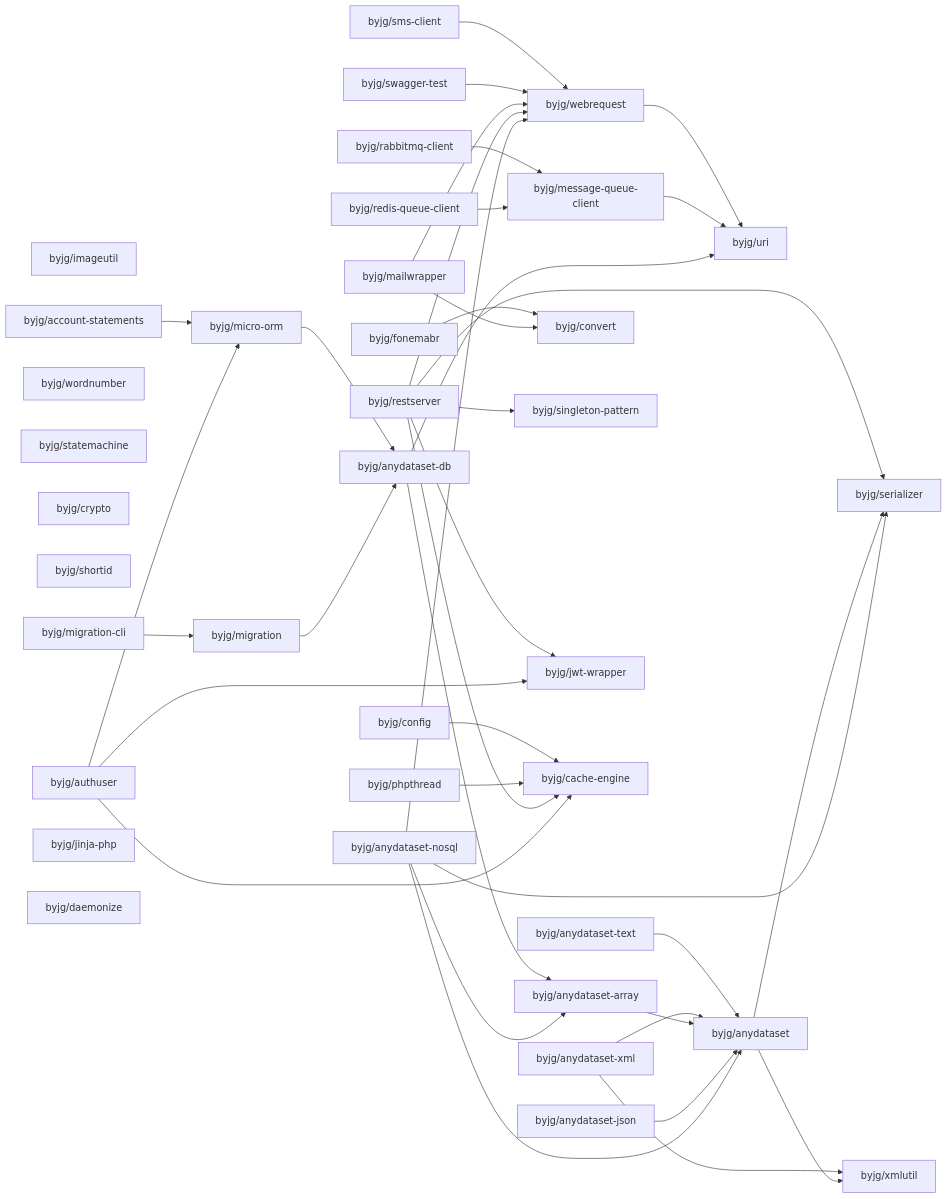
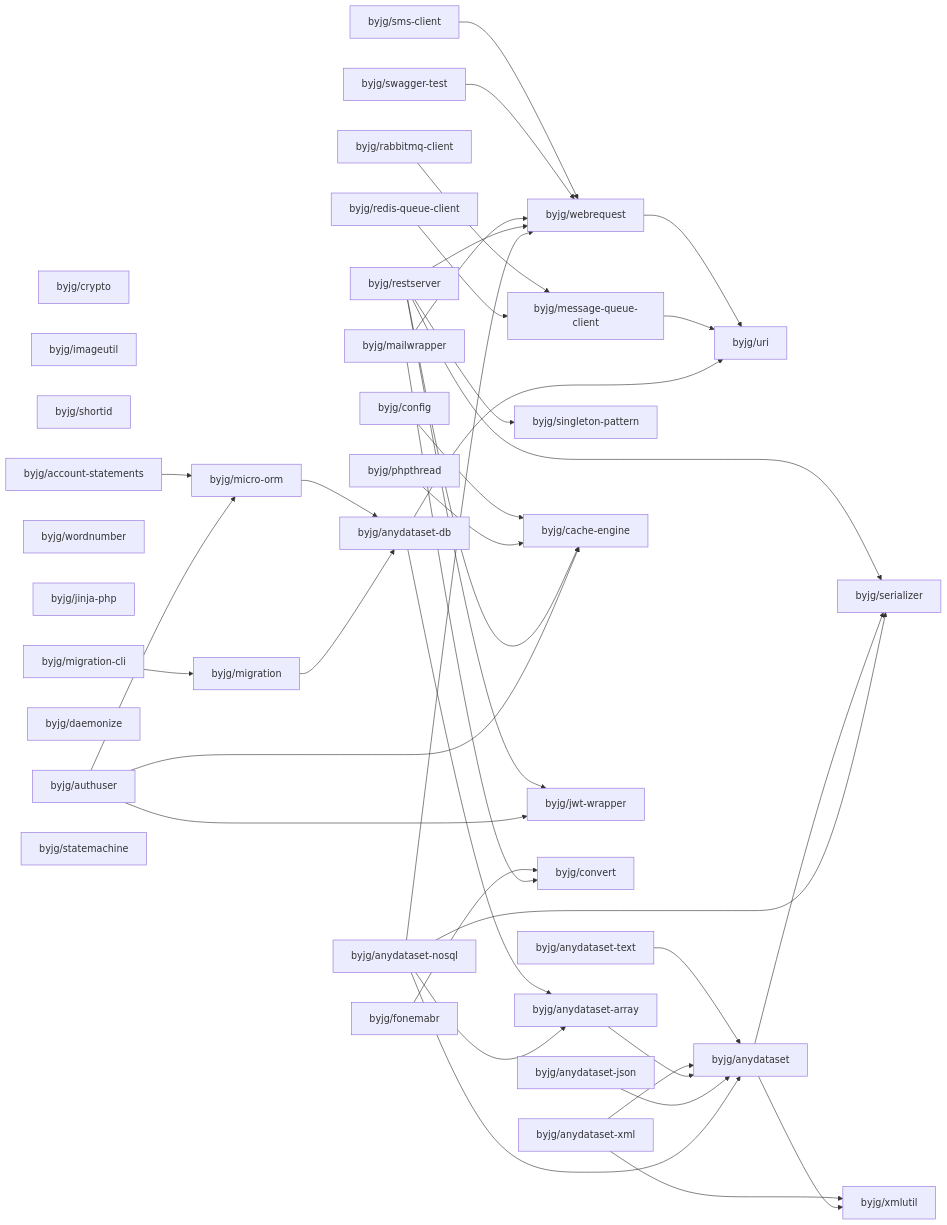
Before and after one commit to byjg/byjg.github.io: the diagram in php/README.md, drawn with Mermaid. The commit also changed other lines of this file, not shown here.

Commit message:
Update documentation 'php' 'php-migration'

````diff
--- a/php/README.md
+++ b/php/README.md
@@ -3,76 +3,76 @@
 ```mermaid
 graph LR;
-  byjg/sms-client;
-  byjg/rabbitmq-client;
+  byjg/fonemabr;
+  byjg/crypto;
+  byjg/imageutil;
   byjg/redis-queue-client;
-  byjg/imageutil;
-  byjg/phpthread;
-  byjg/fonemabr;
-  byjg/migration-cli;
-  byjg/anydataset-xml;
-  byjg/mailwrapper;
+  byjg/shortid;
+  byjg/account-statements;
+  byjg/config;
+  byjg/restserver;
   byjg/wordnumber;
-  byjg/statemachine;
-  byjg/crypto;
-  byjg/swagger-test;
-  byjg/restserver;
-  byjg/anydataset-text;
-  byjg/anydataset-json;
-  byjg/shortid;
-  byjg/authuser;
-  byjg/config;
-  byjg/account-statements;
   byjg/jinja-php;
   byjg/anydataset-nosql;
+  byjg/anydataset-json;
+  byjg/phpthread;
+  byjg/migration-cli;
+  byjg/rabbitmq-client;
   byjg/daemonize;
+  byjg/authuser;
+  byjg/mailwrapper;
+  byjg/statemachine;
+  byjg/anydataset-text;
+  byjg/sms-client;
+  byjg/anydataset-xml;
+  byjg/swagger-test;
+  byjg/singleton-pattern;
+  byjg/migration;
   byjg/message-queue-client;
-  byjg/migration;
+  byjg/micro-orm;
+  byjg/cache-engine;
+  byjg/jwt-wrapper;
   byjg/convert;
-  byjg/singleton-pattern;
-  byjg/jwt-wrapper;
-  byjg/cache-engine;
-  byjg/micro-orm;
   byjg/webrequest;
   byjg/anydataset-db;
   byjg/anydataset-array;
   byjg/uri;
   byjg/anydataset;
   byjg/serializer;
   byjg/xmlutil;
   byjg/sms-client --> byjg/webrequest;
   byjg/fonemabr --> byjg/convert;
   byjg/config --> byjg/cache-engine;
   byjg/anydataset-text --> byjg/anydataset;
   byjg/webrequest --> byjg/uri;
   byjg/account-statements --> byjg/micro-orm;
   byjg/rabbitmq-client --> byjg/message-queue-client;
   byjg/micro-orm --> byjg/anydataset-db;
   byjg/phpthread --> byjg/cache-engine;
   byjg/swagger-test --> byjg/webrequest;
   byjg/anydataset-xml --> byjg/anydataset;
   byjg/anydataset-xml --> byjg/xmlutil;
   byjg/anydataset-array --> byjg/anydataset;
   byjg/mailwrapper --> byjg/convert;
   byjg/mailwrapper --> byjg/webrequest;
   byjg/message-queue-client --> byjg/uri;
   byjg/anydataset-db --> byjg/anydataset-array;
   byjg/anydataset-db --> byjg/uri;
   byjg/anydataset-json --> byjg/anydataset;
   byjg/migration --> byjg/anydataset-db;
   byjg/redis-queue-client --> byjg/message-queue-client;
   byjg/restserver --> byjg/serializer;
   byjg/restserver --> byjg/singleton-pattern;
   byjg/restserver --> byjg/cache-engine;
   byjg/restserver --> byjg/webrequest;
   byjg/restserver --> byjg/jwt-wrapper;
   byjg/authuser --> byjg/micro-orm;
   byjg/authuser --> byjg/cache-engine;
   byjg/authuser --> byjg/jwt-wrapper;
   byjg/migration-cli --> byjg/migration;
   byjg/anydataset --> byjg/serializer;
   byjg/anydataset --> byjg/xmlutil;
   byjg/anydataset-nosql --> byjg/anydataset;
   byjg/anydataset-nosql --> byjg/anydataset-array;
   byjg/anydataset-nosql --> byjg/serializer;
   byjg/anydataset-nosql --> byjg/webrequest;
 ```
````
